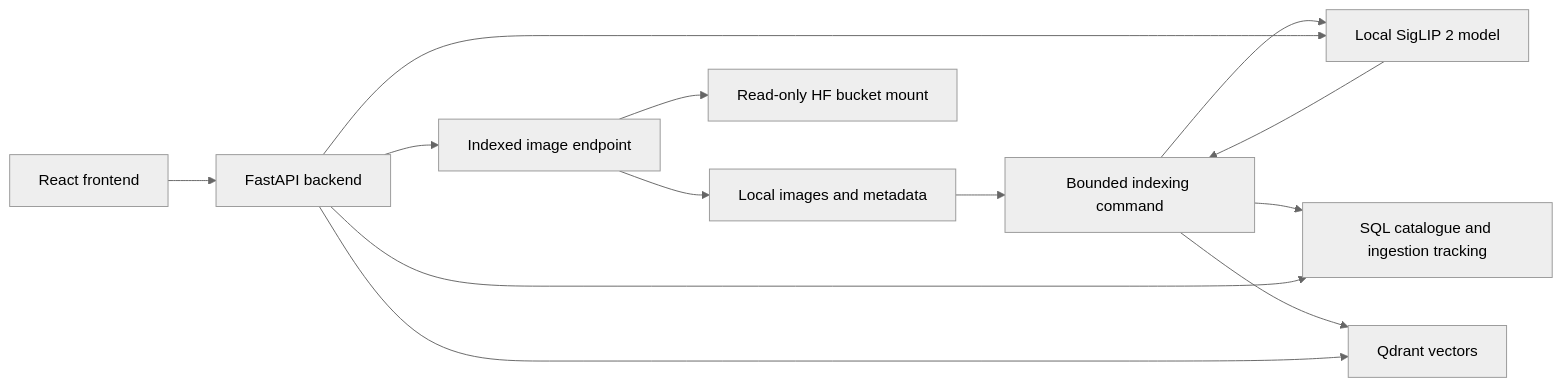
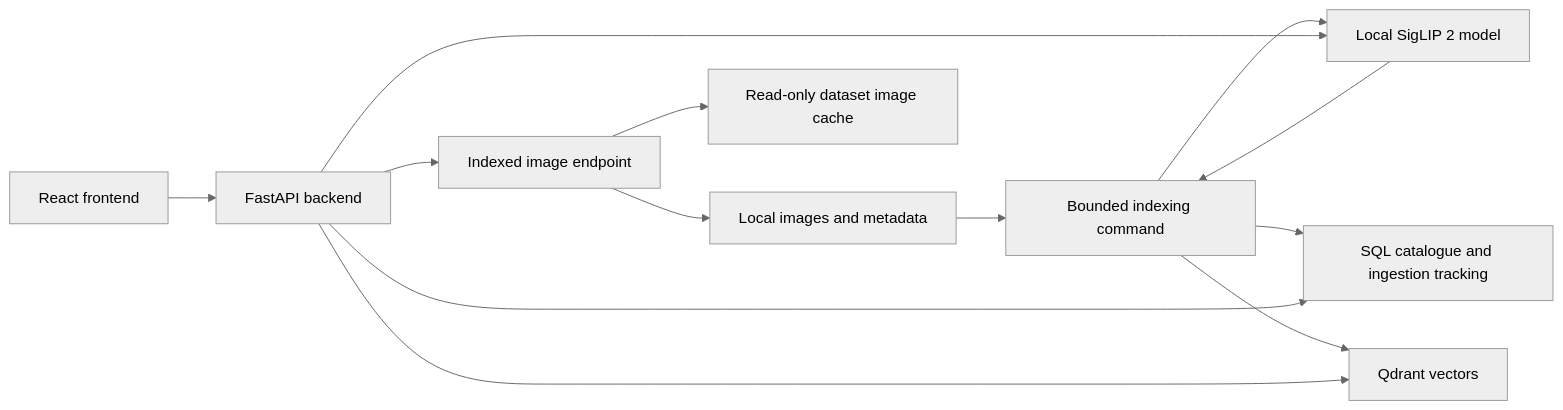
One commit to CoralLeiCN/multimodal changed the diagram in docs/multimodal_search_spec.md. Above: the diagram before and after it, drawn with Mermaid (neutral theme). The commit also changed other lines of this file and 49 other files, not shown here.

````diff
--- a/docs/multimodal_search_spec.md
+++ b/docs/multimodal_search_spec.md
@@ -105,15 +105,15 @@
 ```mermaid
 flowchart LR
     D[Local images and metadata] --> I[Bounded indexing command]
     I --> G[Local SigLIP 2 model]
     G --> I
     I --> S[SQL catalogue and ingestion tracking]
     I --> Q[Qdrant vectors]
     B[React frontend] --> A[FastAPI backend]
     A --> G
     A --> S
     A --> Q
     A --> M[Indexed image endpoint]
     M --> D
-    M --> H[Read-only HF bucket mount]
+    M --> H[Read-only dataset image cache]
 ```
````
